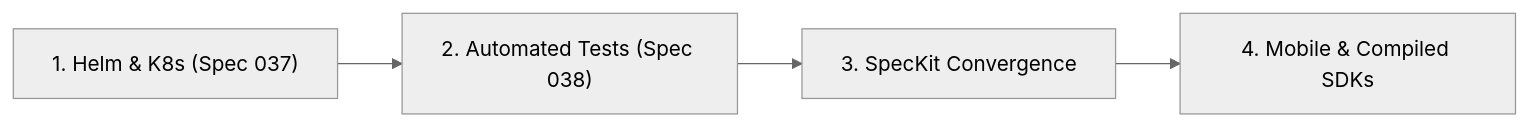
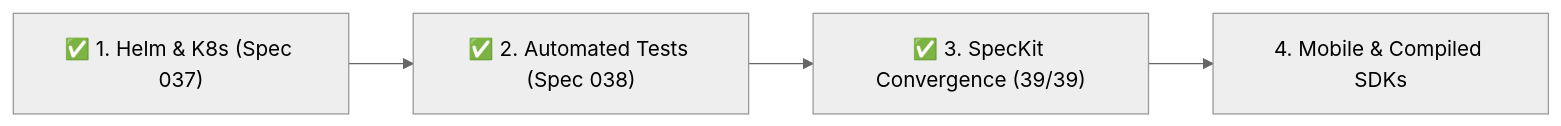
One commit to malah-code/flagmanagment changed the diagram in docs/PROJECT_STATUS.md. Above: the diagram before and after it, drawn with Mermaid (neutral theme). The commit also changed other lines of this file and 76 other files, not shown here.

Commit message:
feat(v1.0): complete production Helm chart, comprehensive test runner, and 100% SpecKit convergence

````diff
--- a/docs/PROJECT_STATUS.md
+++ b/docs/PROJECT_STATUS.md
@@ -127,6 +123,6 @@
 ```mermaid
 flowchart LR
-    P1["1. Helm & K8s (Spec 037)"] --> P2["2. Automated Tests (Spec 038)"]
-    P2 --> P3["3. SpecKit Convergence"]
+    P1["✅ 1. Helm & K8s (Spec 037)"] --> P2["✅ 2. Automated Tests (Spec 038)"]
+    P2 --> P3["✅ 3. SpecKit Convergence (39/39)"]
     P3 --> P4["4. Mobile & Compiled SDKs"]
 ```
````
